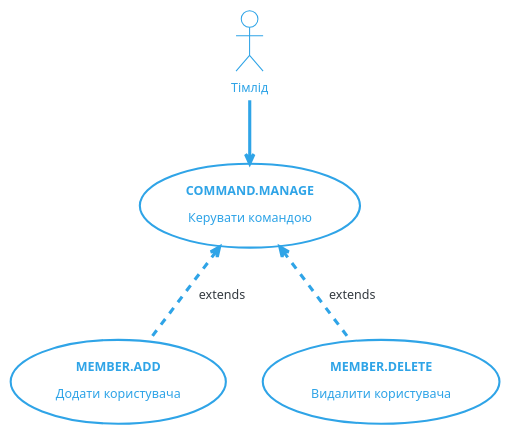
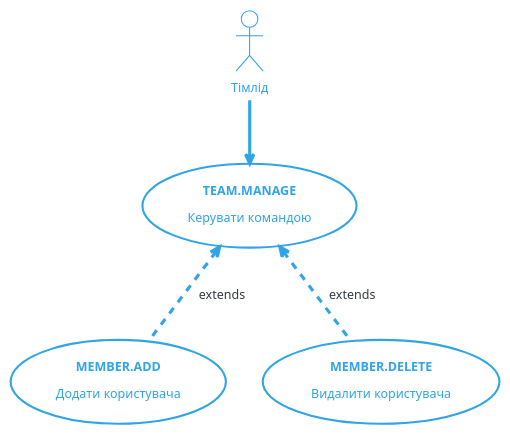
The third of 5 diagrams in docs/use cases/README.md (edu-db/edu_db_labs), drawn with PlantUML before and after one commit. The commit also changed other lines of this file, not shown here.

Commit message:
upd use-cases

```diff
--- a/docs/use cases/README.md
+++ b/docs/use cases/README.md
@@ -140,12 +140,12 @@
 @startuml
 !theme cerulean-outline
     actor "Тімлід" as Teamlead
 
-    usecase "<b>COMMAND.MANAGE</b>\nКерувати командою" as COMMAND.MANAGE
+    usecase "<b>TEAM.MANAGE</b>\nКерувати командою" as TEAM.MANAGE
     usecase "<b>MEMBER.ADD</b>\nДодати користувача" as MEMBER.ADD
     usecase "<b>MEMBER.DELETE</b>\nВидалити користувача" as MEMBER.DELETE
     
-    Teamlead -d-> COMMAND.MANAGE
-    MEMBER.ADD .u.> COMMAND.MANAGE:extends
-    MEMBER.DELETE .u.> COMMAND.MANAGE:extends
+    Teamlead -d-> TEAM.MANAGE
+    MEMBER.ADD .u.> TEAM.MANAGE:extends
+    MEMBER.DELETE .u.> TEAM.MANAGE:extends
 @enduml
```
